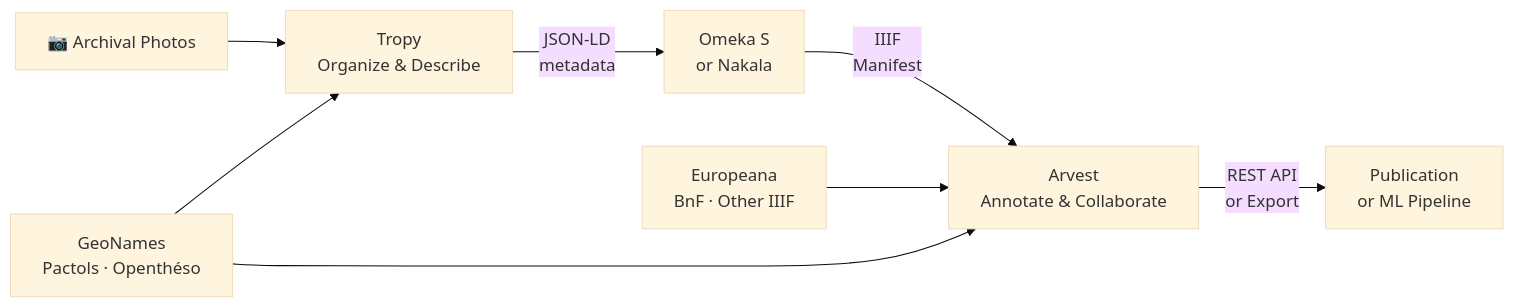
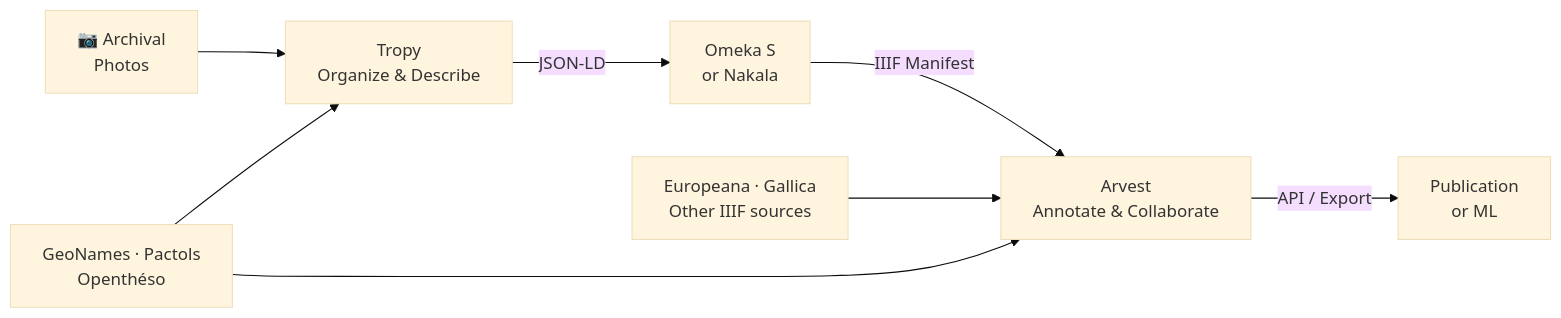
The diagram in slides.qmd (ujubib/ed-tropy-arvest), drawn with Mermaid (base theme) before and after one commit. The commit also changed other lines of this file and 16 other files, not shown here.

````diff
--- a/slides.qmd
+++ b/slides.qmd
@@ -1160,10 +847,9 @@
 ```{mermaid}
 flowchart LR
-    A[📷 Archival Photos] --> B[Tropy\nOrganize & Describe]
-    B -- "JSON-LD\nmetadata" --> C[Omeka S\nor Nakala]
-    C -- "IIIF\nManifest" --> D[Arvest\nAnnotate & Collaborate]
-    D -- "REST API\nor Export" --> E[Publication\nor ML Pipeline]
-    F[Europeana\nBnF · Other IIIF] --> D
-    G[GeoNames\nPactols · Openthéso] --> B
-    G --> D
+    A["📷 Archival<br/>Photos"] --> B["Tropy<br/>Organize & Describe"]
+    B -- "JSON-LD" --> C["Omeka S<br/>or Nakala"]
+    C -- "IIIF Manifest" --> D["Arvest<br/>Annotate & Collaborate"]
+    D -- "API / Export" --> E["Publication<br/>or ML"]
+    F["Europeana · Gallica<br/>Other IIIF sources"] --> D
+    G["GeoNames · Pactols<br/>Openthéso"] --> B & D
 ```
````
